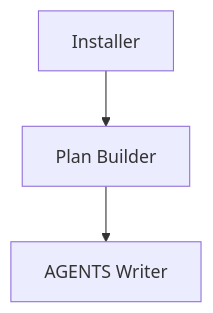
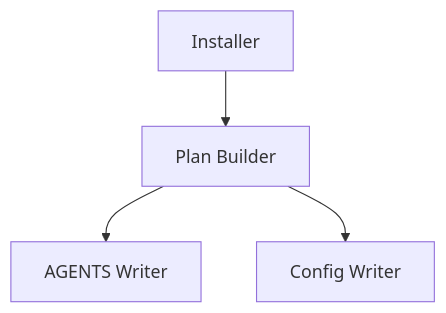
Before and after one commit to easel/dun: the second of 2 diagrams in docs/design/solution-designs/SD-003-install.md, drawn with Mermaid. The commit also changed other lines of this file and 6 other files, not shown here.

````diff
--- a/docs/design/solution-designs/SD-003-install.md
+++ b/docs/design/solution-designs/SD-003-install.md
@@ -105,5 +112,6 @@
 ```mermaid
 graph TD
     Install[Installer] --> Plan[Plan Builder]
     Plan --> Agents[AGENTS Writer]
+    Plan --> Config[Config Writer]
 ```
````
